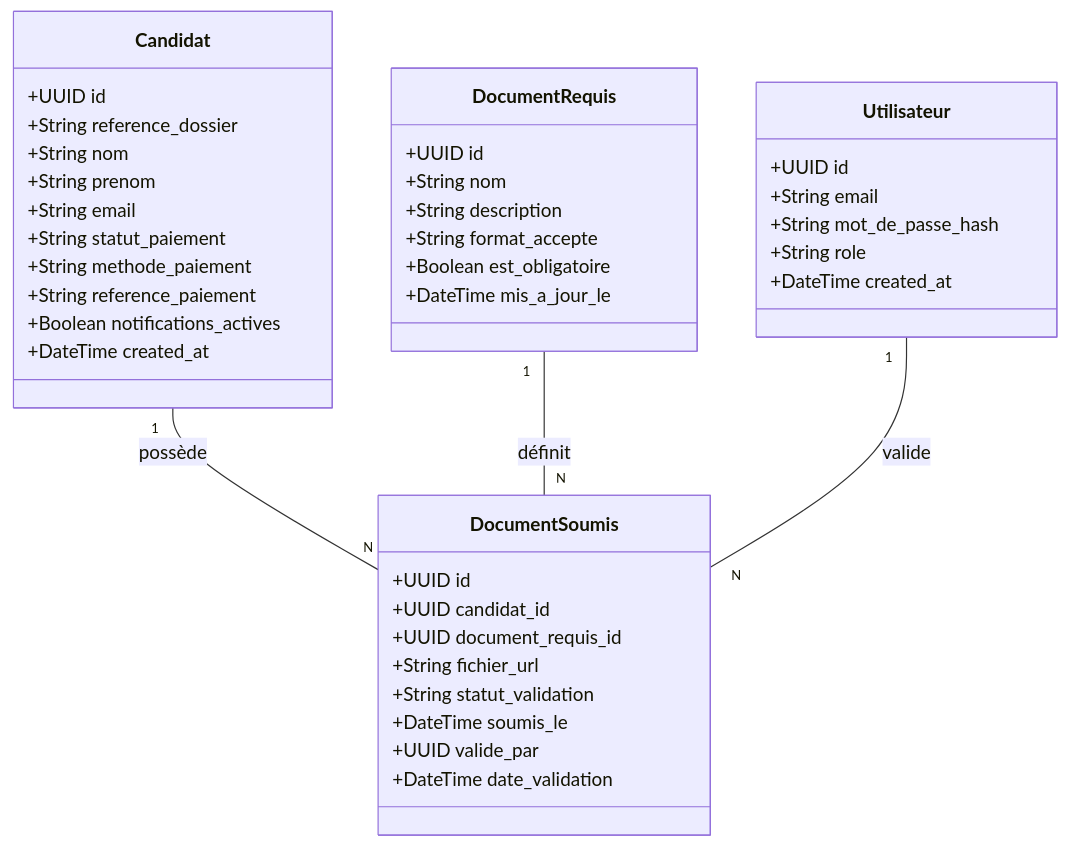
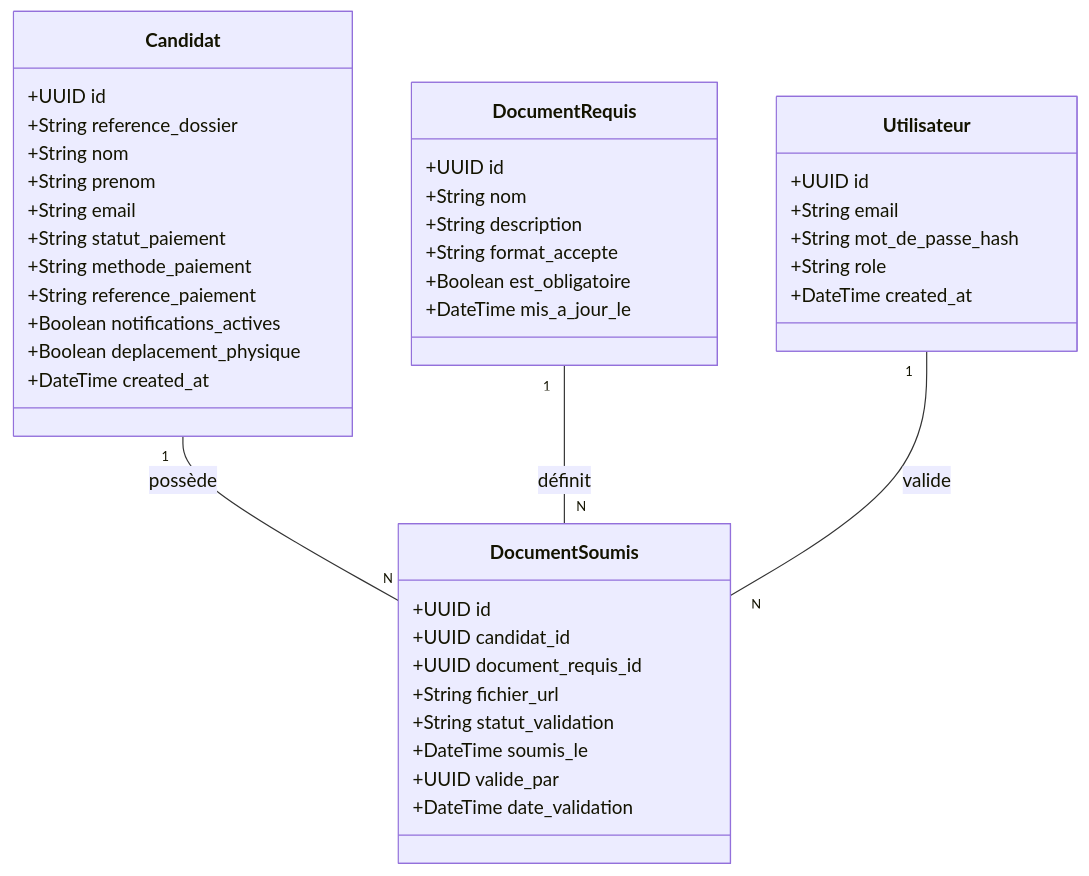
One commit to Paro-fds/fds-portail changed the fourth of 5 diagrams in cahier_des_charges.md. Above: the diagram before and after it, drawn with Mermaid. The commit also changed other lines of this file and 26 other files, not shown here.

````diff
--- a/cahier_des_charges.md
+++ b/cahier_des_charges.md
@@ -367,47 +371,48 @@
 ```mermaid
 classDiagram
     class Utilisateur {
         +UUID id
         +String email
         +String mot_de_passe_hash
         +String role
         +DateTime created_at
     }
     
     class Candidat {
         +UUID id
         +String reference_dossier
         +String nom
         +String prenom
         +String email
         +String statut_paiement
         +String methode_paiement
         +String reference_paiement
         +Boolean notifications_actives
+        +Boolean deplacement_physique
         +DateTime created_at
     }
     
     class DocumentRequis {
         +UUID id
         +String nom
         +String description
         +String format_accepte
         +Boolean est_obligatoire
         +DateTime mis_a_jour_le
     }
     
     class DocumentSoumis {
         +UUID id
         +UUID candidat_id
         +UUID document_requis_id
         +String fichier_url
         +String statut_validation
         +DateTime soumis_le
         +UUID valide_par
         +DateTime date_validation
     }
     
     Candidat "1" -- "N" DocumentSoumis : possède
     DocumentRequis "1" -- "N" DocumentSoumis : définit
     Utilisateur "1" -- "N" DocumentSoumis : valide
 ```
````
